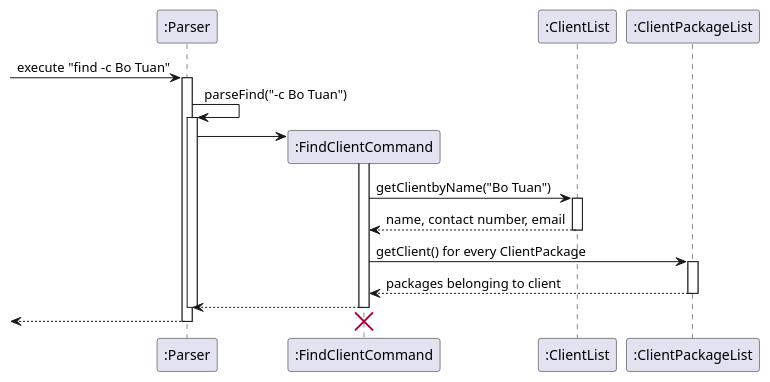
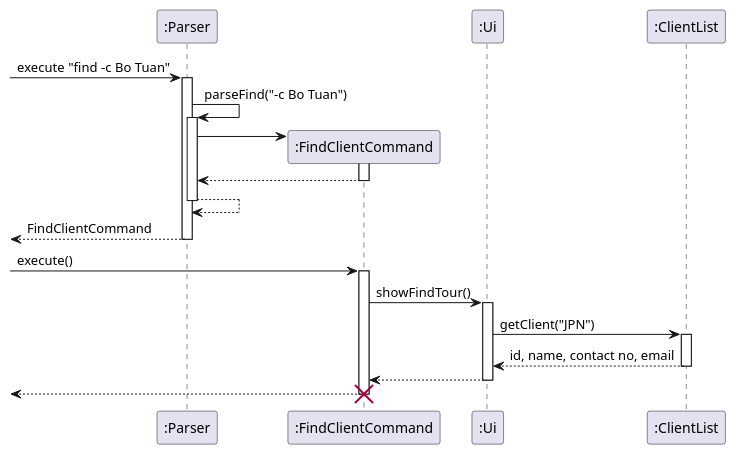
The diagram in src/main/java/seedu/uml/FindClientTest.puml (nus-cs2113-AY2122S1/tp), drawn with PlantUML before and after one commit. The commit also changed 25 other files, not shown here.

Commit message:
Changed ListCommandTest and FindCommandTest, Edited DG and UML diagrams

```diff
--- a/src/main/java/seedu/uml/FindClientTest.puml
+++ b/src/main/java/seedu/uml/FindClientTest.puml
@@ -1,35 +1,44 @@
 @startuml
 
 participant ":Parser" as Parser
 participant ":FindClientCommand" as FCC
-participant ":ClientList" as ClientList
-participant ":ClientPackageList" as ClientPackageList
-
+participant ":Ui" as Ui
+participant ":ClientList" as TourList
 
 -> Parser: execute "find -c Bo Tuan"
 activate Parser
 Parser -> Parser : parseFind("-c Bo Tuan")
 activate Parser
 
+
+
 create FCC
 Parser -> FCC
 activate FCC
+FCC --> Parser
+deactivate FCC
+Parser --> Parser
+deactivate Parser
+<-- Parser: FindClientCommand
+deactivate Parser
 
-FCC -> ClientList : getClientbyName("Bo Tuan")
-activate ClientList
-ClientList --> FCC : name, contact number, email
-deactivate ClientList
+-> FCC: execute()
+activate FCC
 
-FCC -> ClientPackageList : getClient() for every ClientPackage
-activate ClientPackageList
-ClientPackageList --> FCC : packages belonging to client
-deactivate ClientPackageList
 
-FCC --> Parser
-deactivate Parser
+
+FCC -> Ui : showFindTour()
+activate Ui
+Ui -> TourList : getClient("JPN")
+activate TourList
+TourList --> Ui : id, name, contact no, email
+deactivate TourList
+
+Ui --> FCC
+deactivate Ui
+
+<-- FCC
 deactivate FCC
-<-- Parser
-deactivate Parser
+
 destroy FCC
-
 @enduml
```
